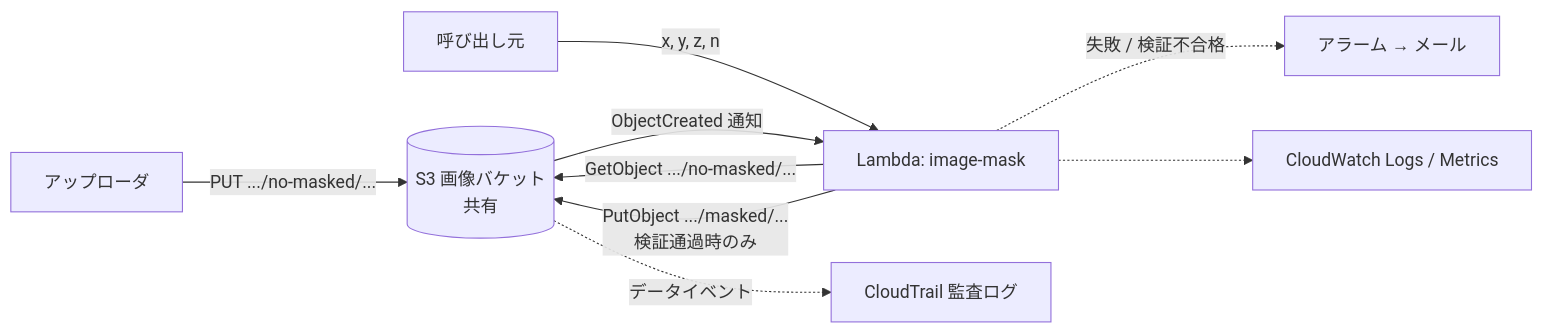
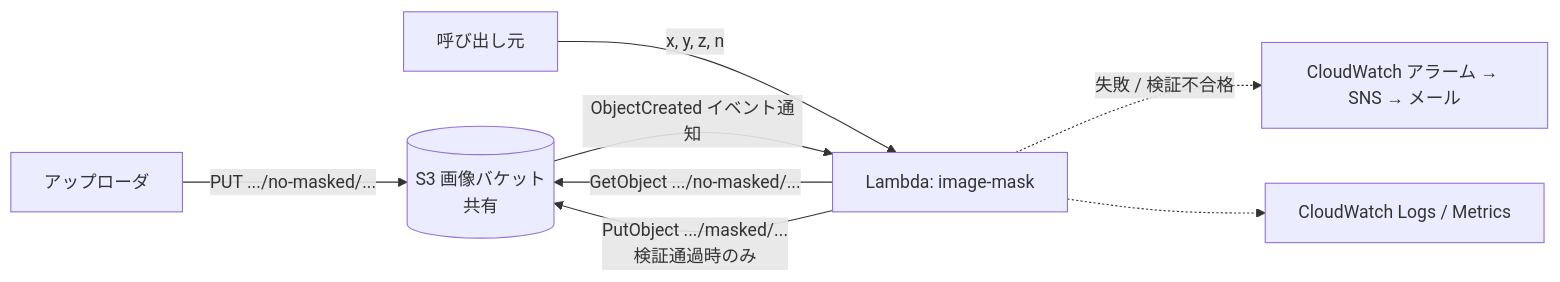
One commit to rxsxkxd/pk changed the diagram in lim/docs/image-blur-lambda-design.md. Above: the diagram before and after it, drawn with Mermaid. The commit also changed other lines of this file and 11 other files, not shown here.

````diff
--- a/lim/docs/image-blur-lambda-design.md
+++ b/lim/docs/image-blur-lambda-design.md
@@ -152,11 +152,10 @@
 ```mermaid
 flowchart LR
   U[アップローダ] -->|PUT .../no-masked/...| B[(S3 画像バケット<br/>共有)]
   R[呼び出し元] -->|x, y, z, n| L[Lambda: image-mask]
-  B -->|ObjectCreated 通知| L
+  B -->|ObjectCreated イベント通知| L
   L -->|GetObject .../no-masked/...| B
   L -->|PutObject .../masked/...<br/>検証通過時のみ| B
-  L -.->|失敗 / 検証不合格| A[アラーム → メール]
+  L -.->|失敗 / 検証不合格| A[CloudWatch アラーム → SNS → メール]
   L -.-> LOG[CloudWatch Logs / Metrics]
-  B -.->|データイベント| CT[CloudTrail 監査ログ]
 ```
````
